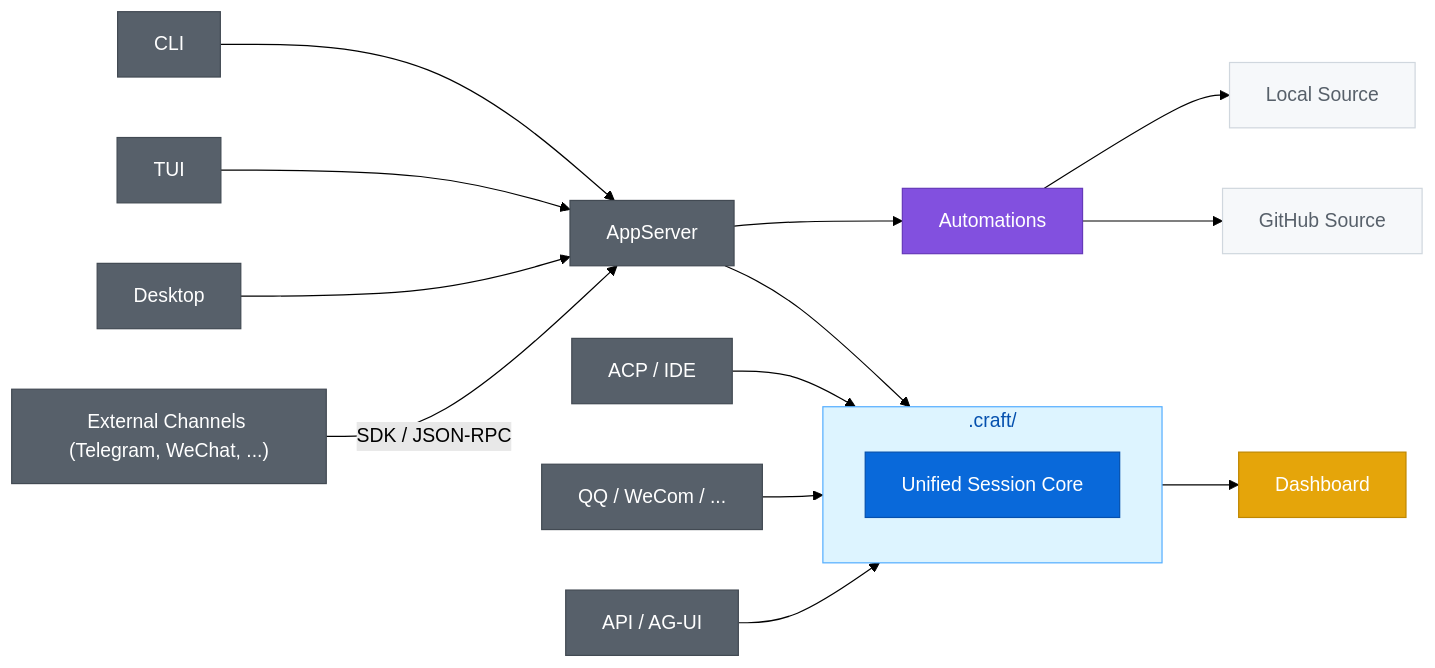
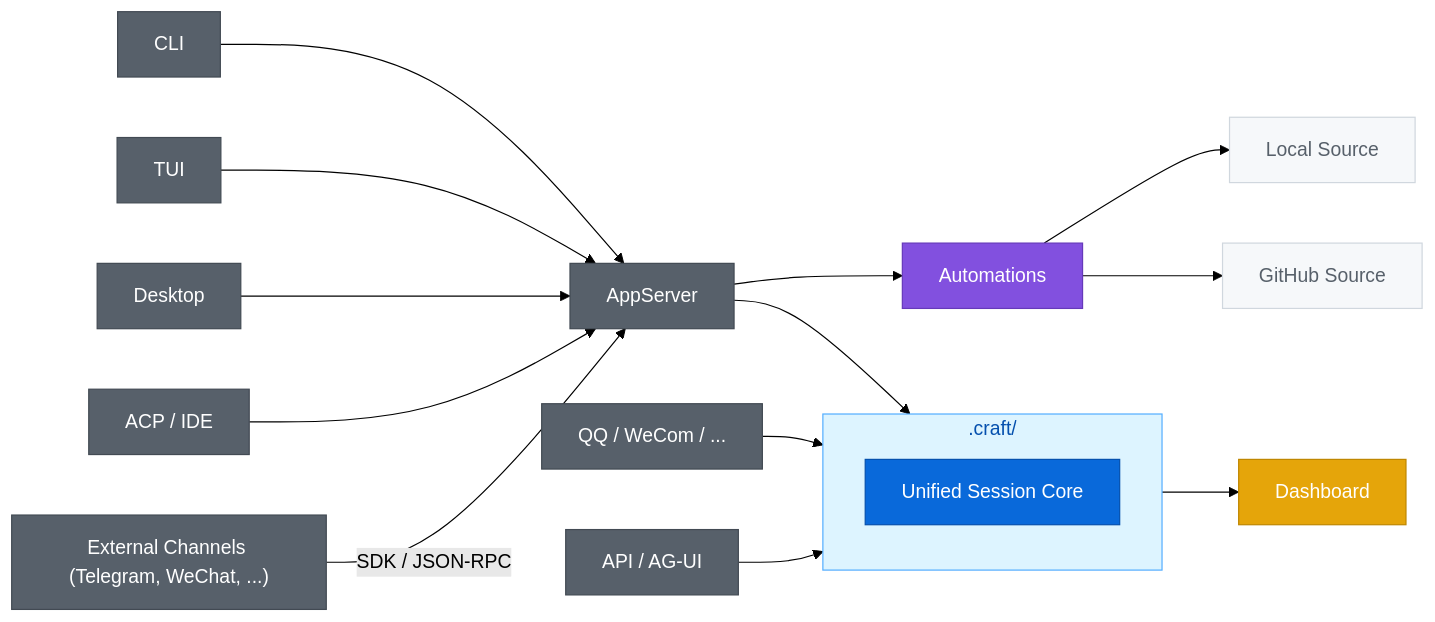
One commit to DotCraftDev/dotcraft changed the diagram in README.md. Above: the diagram before and after it, drawn with Mermaid (forest theme). The commit also changed other lines of this file and 32 other files, not shown here.

````diff
--- a/README.md
+++ b/README.md
@@ -126,48 +126,48 @@
 ```mermaid
 flowchart LR
     Cli["CLI"]
     Tui["TUI"]
     Desktop["Desktop"]
     AppSrv["AppServer"]
     Ide["ACP / IDE"]
     Bots["QQ / WeCom / ..."]
     ExtCh["External Channels (Telegram, WeChat, ...)"]
     Api["API / AG-UI"]
     Automations["Automations"]
     LocalSource["Local Source"]
     GitHubSource["GitHub Source"]
 
     subgraph Workspace [".craft/"]
         Core["Unified Session Core"]
     end
 
     Dashboard["Dashboard"]
 
     Cli --> AppSrv
     Tui --> AppSrv
     Desktop --> AppSrv
+    Ide --> AppSrv
     AppSrv --> Workspace
     AppSrv --> Automations
     Automations --> LocalSource
     Automations --> GitHubSource
-    Ide --> Workspace
     Bots --> Workspace
     ExtCh -->|"SDK / JSON-RPC"| AppSrv
     Api --> Workspace
     Workspace --> Dashboard
 
     style Core fill:#0969da,color:#ffffff,stroke:#0550ae
     style Workspace fill:#ddf4ff,stroke:#54aeff,color:#0550ae
     style Dashboard fill:#e5a50a,color:#ffffff,stroke:#bf8700
     style Cli fill:#57606a,color:#ffffff,stroke:#424a53
     style Tui fill:#57606a,color:#ffffff,stroke:#424a53
     style Desktop fill:#57606a,color:#ffffff,stroke:#424a53
     style AppSrv fill:#57606a,color:#ffffff,stroke:#424a53
     style Ide fill:#57606a,color:#ffffff,stroke:#424a53
     style Bots fill:#57606a,color:#ffffff,stroke:#424a53
     style ExtCh fill:#57606a,color:#ffffff,stroke:#424a53
     style Api fill:#57606a,color:#ffffff,stroke:#424a53
     style Automations fill:#8250df,color:#ffffff,stroke:#6639ba
     style LocalSource fill:#f6f8fa,color:#57606a,stroke:#d0d7de
     style GitHubSource fill:#f6f8fa,color:#57606a,stroke:#d0d7de
 ```
````
